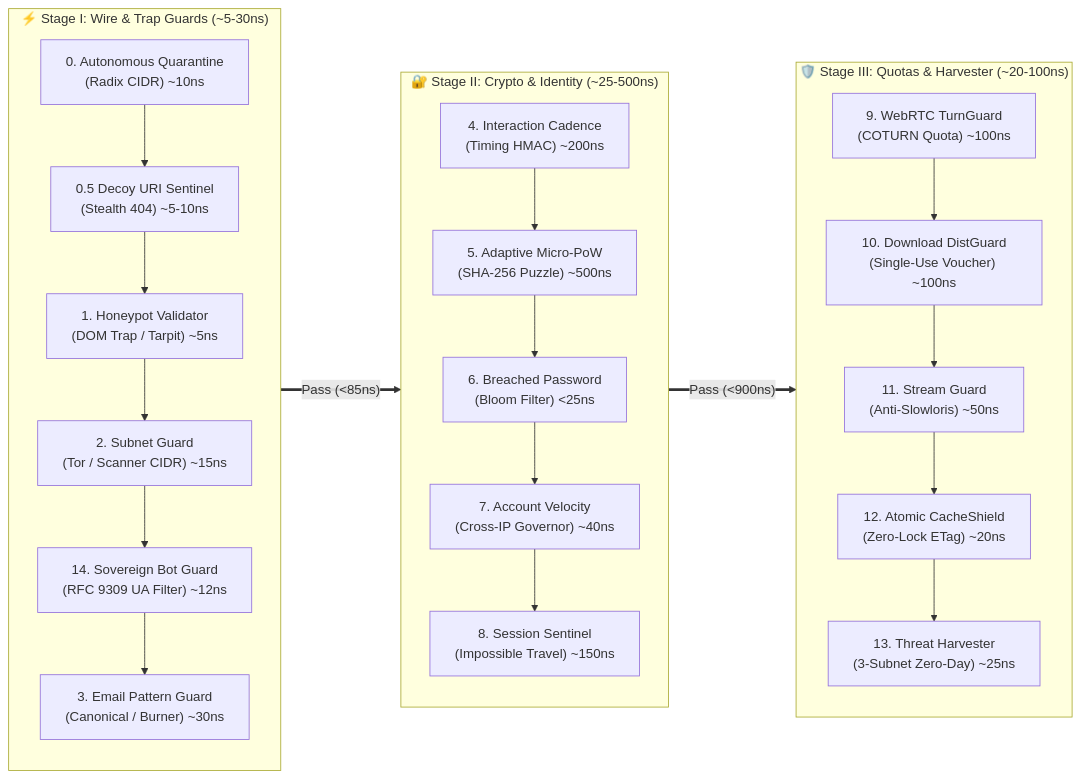
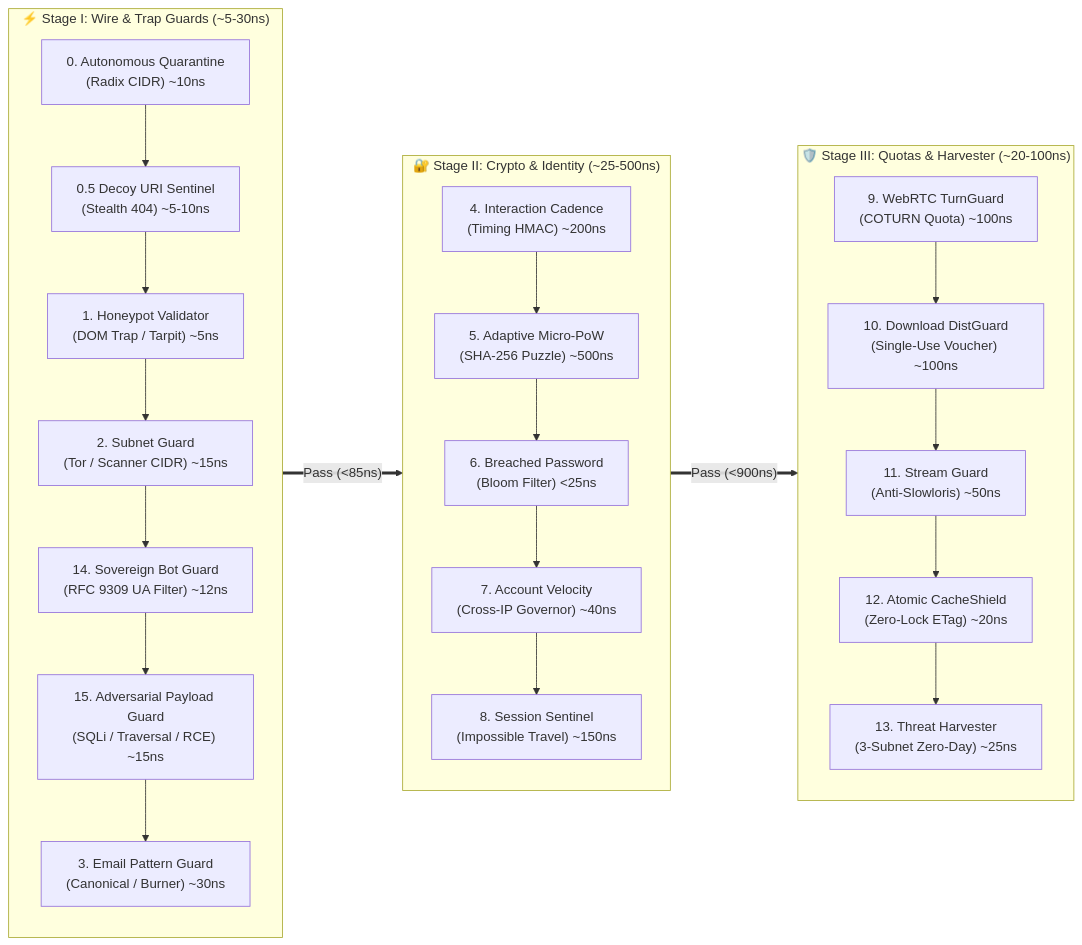
The second of 2 diagrams in README.md (rmediatech/phylax), drawn with Mermaid before and after one commit. The commit also changed other lines of this file and 25 other files, not shown here.

````diff
--- a/README.md
+++ b/README.md
@@ -129,30 +129,31 @@
 ```mermaid
 flowchart LR
     subgraph Stage1 ["⚡ Stage I: Wire & Trap Guards (~5-30ns)"]
         direction TB
         L0["0. Autonomous Quarantine\n(Radix CIDR) ~10ns"] --> L05["0.5 Decoy URI Sentinel\n(Stealth 404) ~5-10ns"]
         L05 --> L1["1. Honeypot Validator\n(DOM Trap / Tarpit) ~5ns"]
         L1 --> L2["2. Subnet Guard\n(Tor / Scanner CIDR) ~15ns"]
         L2 --> L14["14. Sovereign Bot Guard\n(RFC 9309 UA Filter) ~12ns"]
-        L14 --> L3["3. Email Pattern Guard\n(Canonical / Burner) ~30ns"]
+        L14 --> L15["15. Adversarial Payload Guard\n(SQLi / Traversal / RCE) ~15ns"]
+        L15 --> L3["3. Email Pattern Guard\n(Canonical / Burner) ~30ns"]
     end
 
     subgraph Stage2 ["🔐 Stage II: Crypto & Identity (~25-500ns)"]
         direction TB
         L4["4. Interaction Cadence\n(Timing HMAC) ~200ns"] --> L5["5. Adaptive Micro-PoW\n(SHA-256 Puzzle) ~500ns"]
         L5 --> L6["6. Breached Password\n(Bloom Filter) <25ns"]
         L6 --> L7["7. Account Velocity\n(Cross-IP Governor) ~40ns"]
         L7 --> L8["8. Session Sentinel\n(Impossible Travel) ~150ns"]
     end
 
     subgraph Stage3 ["🛡️ Stage III: Quotas & Harvester (~20-100ns)"]
         direction TB
         L9["9. WebRTC TurnGuard\n(COTURN Quota) ~100ns"] --> L10["10. Download DistGuard\n(Single-Use Voucher) ~100ns"]
         L10 --> L11["11. Stream Guard\n(Anti-Slowloris) ~50ns"]
         L11 --> L12["12. Atomic CacheShield\n(Zero-Lock ETag) ~20ns"]
         L12 --> L13["13. Threat Harvester\n(3-Subnet Zero-Day) ~25ns"]
     end
 
     Stage1 ==>|"Pass (<85ns)"| Stage2
     Stage2 ==>|"Pass (<900ns)"| Stage3
 ```
````
